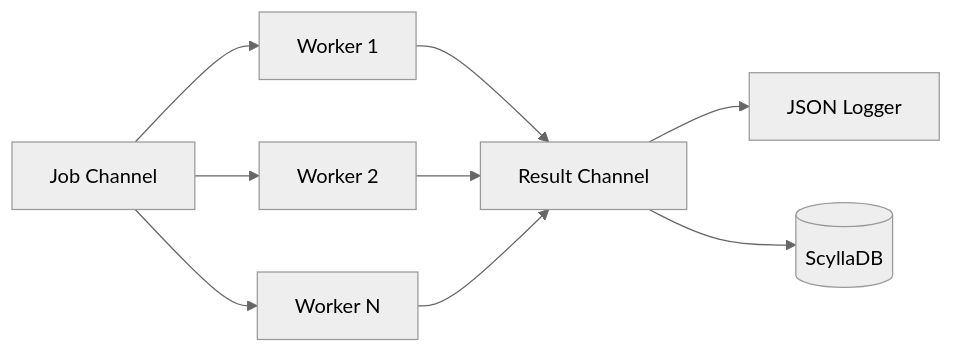
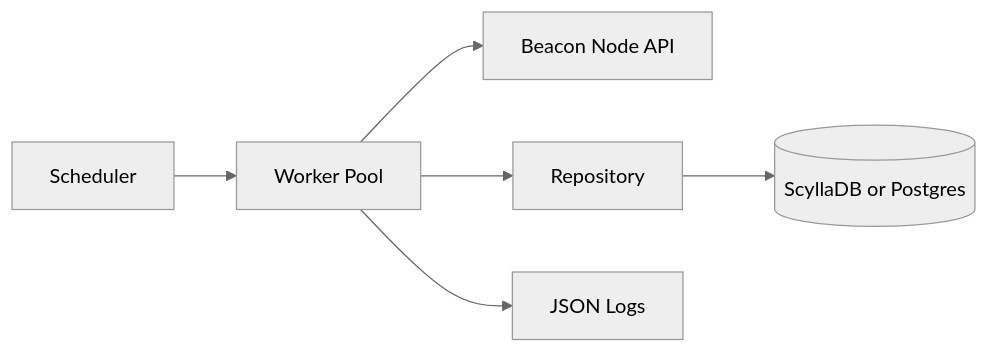
The diagram in readme.md (tharun-p/pauli), drawn with Mermaid (neutral theme) before and after one commit. The commit also changed other lines of this file, not shown here.

````diff
--- a/readme.md
+++ b/readme.md
@@ -337,11 +160,8 @@
 ```mermaid
 flowchart LR
-    JobQueue[Job Channel] --> W1[Worker 1]
-    JobQueue --> W2[Worker 2]
-    JobQueue --> W3[Worker N]
-    W1 --> Results[Result Channel]
-    W2 --> Results
-    W3 --> Results
-    Results --> Logger[JSON Logger]
-    Results --> DB[(ScyllaDB)]
+    A[Scheduler] --> B[Worker Pool]
+    B --> C[Beacon Node API]
+    B --> D[Repository]
+    D --> E[(ScyllaDB or Postgres)]
+    B --> F[JSON Logs]
 ```
````
